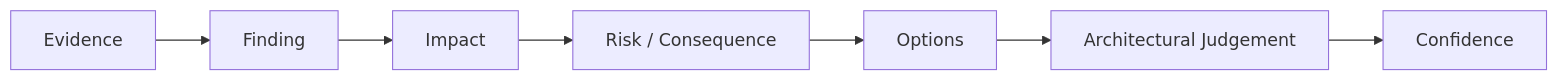
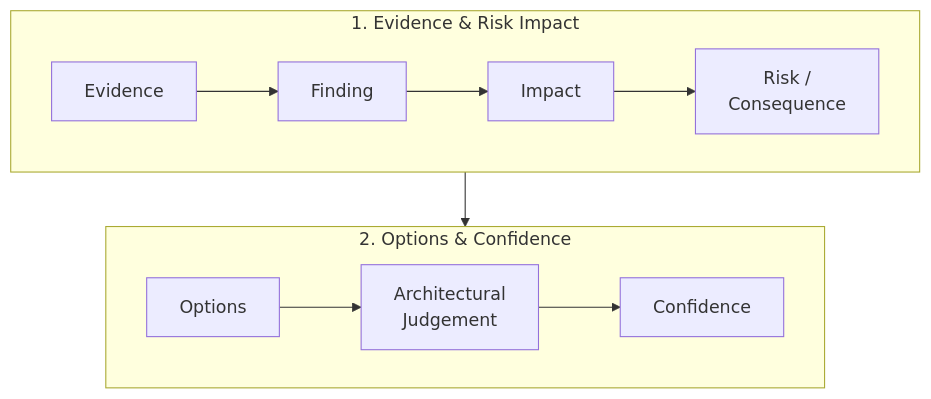
Before and after one commit to avfranco-br/portfolio: the fourth of 11 diagrams in docs/sop/index.md, drawn with Mermaid. The commit also changed other lines of this file and 10 other files, not shown here.

Commit message:
Refactor Mermaid diagrams across SOP and methods documentation for legibility

````diff
--- a/docs/sop/index.md
+++ b/docs/sop/index.md
@@ -196,16 +196,17 @@
 ```mermaid
-flowchart LR
-    F["Finding"]
-    E["Evidence"]
-    I["Impact"]
-    R["Risk / Consequence"]
-    O["Options"]
-    J["Architectural Judgement"]
-    C["Confidence"]
-    E --> F
-    F --> I
-    I --> R
+flowchart TD
+    subgraph Evidence_Risk["1. Evidence & Risk Impact"]
+        direction LR
+        E["Evidence"] --> F["Finding"]
+        F --> I["Impact"]
+        I --> R["Risk /<br/>Consequence"]
+    end
+
+    subgraph Judgement_Conf["2. Options & Confidence"]
+        direction LR
+        O["Options"] --> J["Architectural<br/>Judgement"]
+        J --> C["Confidence"]
+    end
+
     R --> O
-    O --> J
-    J --> C
 ```
````
